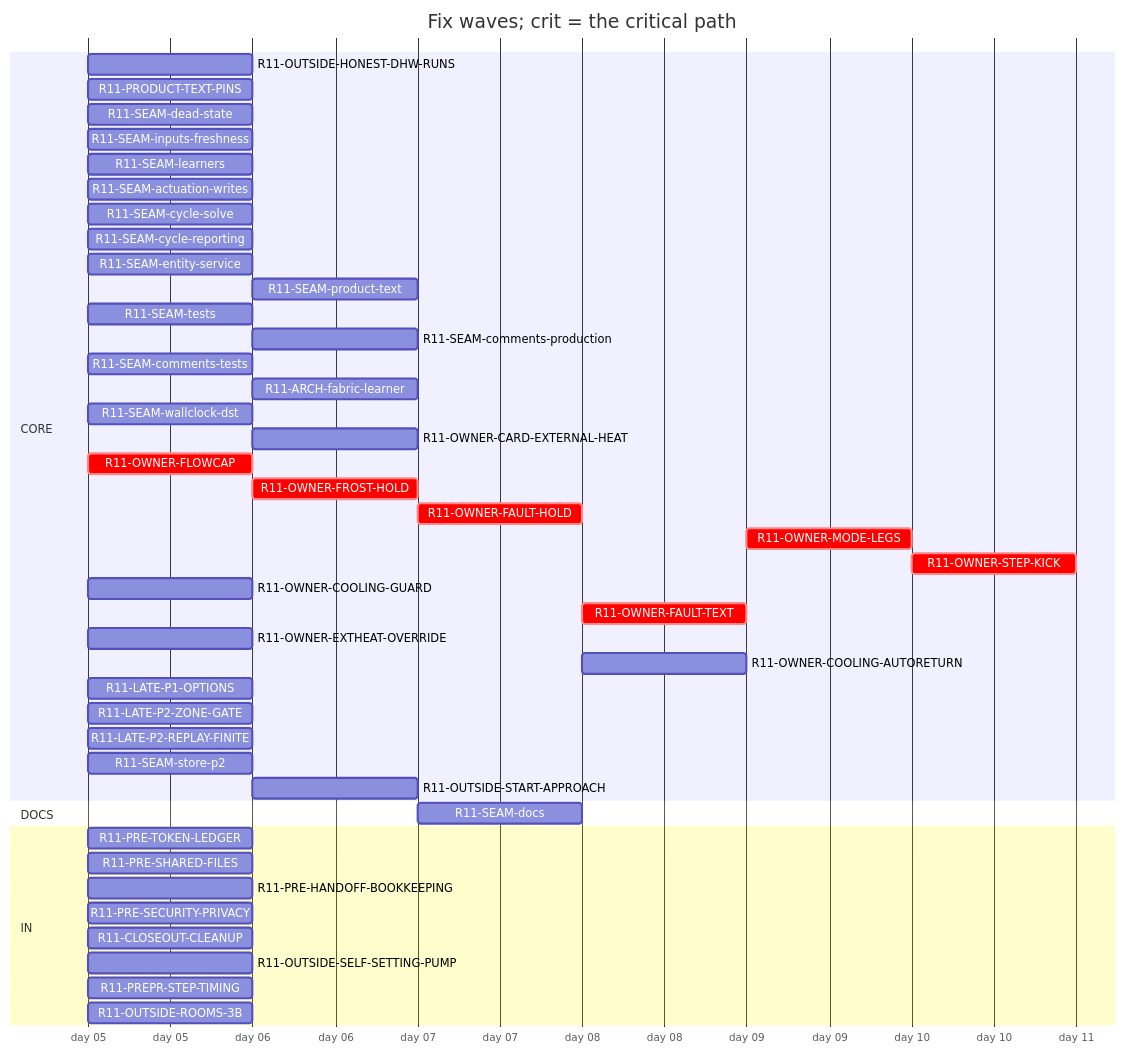
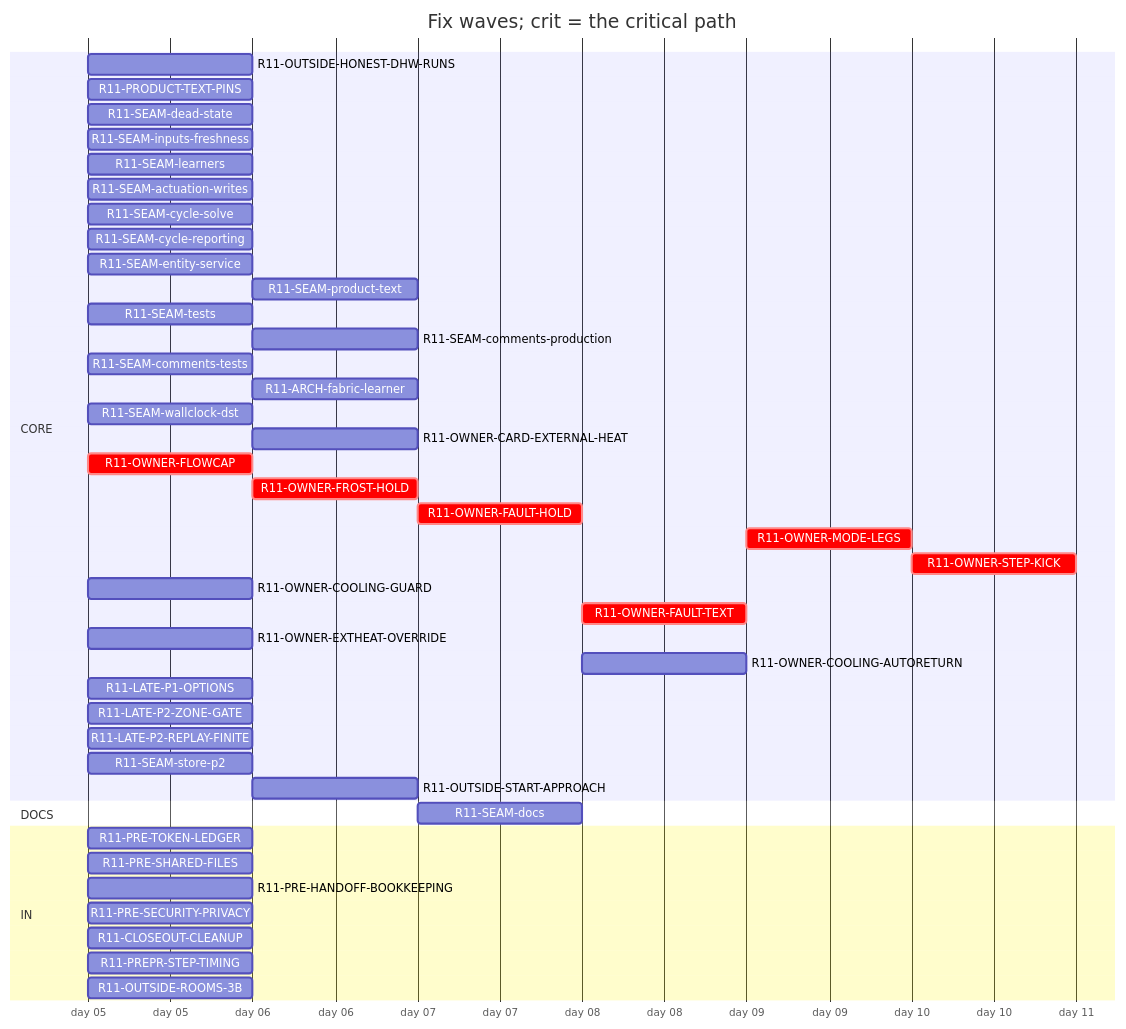
The diagram in handoff/round11/state/PLAN-TABLE.md (tvofi/heatpump_optimizer), drawn with Mermaid before and after one commit. The commit also changed other lines of this file and 4 other files, not shown here.

Commit message:
state: FLOW-BOARD.md, NEXT-SESSION-PROMPT.md, PLAN-TABLE.md, PLAN.html, RESUME-CURRENT.md regenerated (state_docs.py)

````diff
--- a/handoff/round11/state/PLAN-TABLE.md
+++ b/handoff/round11/state/PLAN-TABLE.md
@@ -16,48 +16,47 @@
 ```mermaid
 gantt
   title Fix waves; crit = the critical path
   dateFormat YYYY-MM-DD
   axisFormat day %d
   section CORE
     R11-OUTSIDE-HONEST-DHW-RUNS :r11OUTSIDEHONESTDHWRUNS, 2026-01-05, 1d
     R11-PRODUCT-TEXT-PINS :r11PRODUCTTEXTPINS, 2026-01-05, 1d
     R11-SEAM-dead-state :r11SEAMdeadstate, 2026-01-05, 1d
     R11-SEAM-inputs-freshness :r11SEAMinputsfreshness, 2026-01-05, 1d
     R11-SEAM-learners :r11SEAMlearners, 2026-01-05, 1d
     R11-SEAM-actuation-writes :r11SEAMactuationwrites, 2026-01-05, 1d
     R11-SEAM-cycle-solve :r11SEAMcyclesolve, 2026-01-05, 1d
     R11-SEAM-cycle-reporting :r11SEAMcyclereporting, 2026-01-05, 1d
     R11-SEAM-entity-service :r11SEAMentityservice, 2026-01-05, 1d
     R11-SEAM-product-text :r11SEAMproducttext, after r11SEAMactuationwrites r11SEAMentityservice r11SEAMinputsfreshness r11SEAMcyclesolve r11SEAMcyclereporting, 1d
     R11-SEAM-tests :r11SEAMtests, 2026-01-05, 1d
     R11-SEAM-comments-production :r11SEAMcommentsproduction, after r11SEAMactuationwrites r11SEAMentityservice r11SEAMinputsfreshness r11SEAMcyclesolve r11SEAMcyclereporting, 1d
     R11-SEAM-comments-tests :r11SEAMcommentstests, 2026-01-05, 1d
     R11-ARCH-fabric-learner :r11ARCHfabriclearner, after r11SEAMlearners, 1d
     R11-SEAM-wallclock-dst :r11SEAMwallclockdst, 2026-01-05, 1d
     R11-OWNER-CARD-EXTERNAL-HEAT :r11OWNERCARDEXTERNALHEAT, after r11OWNEREXTHEATOVERRIDE, 1d
     R11-OWNER-FLOWCAP :crit, r11OWNERFLOWCAP, 2026-01-05, 1d
     R11-OWNER-FROST-HOLD :crit, r11OWNERFROSTHOLD, after r11OWNERFLOWCAP, 1d
     R11-OWNER-FAULT-HOLD :crit, r11OWNERFAULTHOLD, after r11OWNERFROSTHOLD, 1d
     R11-OWNER-MODE-LEGS :crit, r11OWNERMODELEGS, after r11OWNERFAULTTEXT, 1d
     R11-OWNER-STEP-KICK :crit, r11OWNERSTEPKICK, after r11OWNERMODELEGS, 1d
     R11-OWNER-COOLING-GUARD :r11OWNERCOOLINGGUARD, 2026-01-05, 1d
     R11-OWNER-FAULT-TEXT :crit, r11OWNERFAULTTEXT, after r11OWNERFAULTHOLD, 1d
     R11-OWNER-EXTHEAT-OVERRIDE :r11OWNEREXTHEATOVERRIDE, 2026-01-05, 1d
     R11-OWNER-COOLING-AUTORETURN :r11OWNERCOOLINGAUTORETURN, after r11OWNERCOOLINGGUARD r11OWNERFAULTHOLD, 1d
     R11-LATE-P1-OPTIONS :r11LATEP1OPTIONS, 2026-01-05, 1d
     R11-LATE-P2-ZONE-GATE :r11LATEP2ZONEGATE, 2026-01-05, 1d
     R11-LATE-P2-REPLAY-FINITE :r11LATEP2REPLAYFINITE, 2026-01-05, 1d
     R11-SEAM-store-p2 :r11SEAMstorep2, 2026-01-05, 1d
     R11-OUTSIDE-START-APPROACH :r11OUTSIDESTARTAPPROACH, after r11OUTSIDEHONESTDHWRUNS r11SEAMlearners, 1d
   section DOCS
     R11-SEAM-docs :r11SEAMdocs, after r11SEAMlearners r11SEAMactuationwrites r11SEAMentityservice r11SEAMinputsfreshness r11SEAMcyclesolve r11SEAMcyclereporting r11SEAMproducttext, 1d
   section IN
     R11-PRE-TOKEN-LEDGER :r11PRETOKENLEDGER, 2026-01-05, 1d
     R11-PRE-SHARED-FILES :r11PRESHAREDFILES, 2026-01-05, 1d
     R11-PRE-HANDOFF-BOOKKEEPING :r11PREHANDOFFBOOKKEEPING, 2026-01-05, 1d
     R11-PRE-SECURITY-PRIVACY :r11PRESECURITYPRIVACY, 2026-01-05, 1d
     R11-CLOSEOUT-CLEANUP :r11CLOSEOUTCLEANUP, 2026-01-05, 1d
-    R11-OUTSIDE-SELF-SETTING-PUMP :r11OUTSIDESELFSETTINGPUMP, 2026-01-05, 1d
     R11-PREPR-STEP-TIMING :r11PREPRSTEPTIMING, 2026-01-05, 1d
     R11-OUTSIDE-ROOMS-3B :r11OUTSIDEROOMS3B, 2026-01-05, 1d
 ```
````
